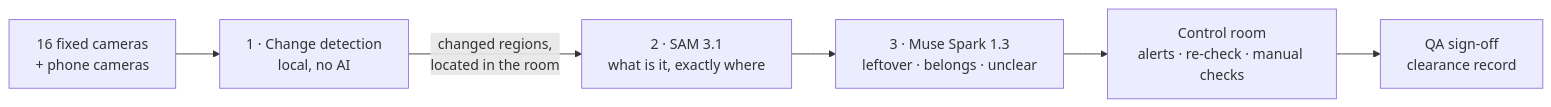
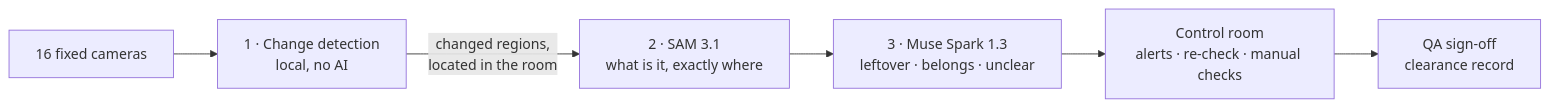
Before and after one commit to WaleedOH/clearline: the diagram in README.md, drawn with Mermaid. The commit also changed other lines of this file and 13 other files, not shown here.

````diff
--- a/README.md
+++ b/README.md
@@ -32,8 +32,8 @@
 ```mermaid
 flowchart LR
-    C[16 fixed cameras<br/>+ phone cameras] --> D[1 · Change detection<br/>local, no AI]
+    C[16 fixed cameras] --> D[1 · Change detection<br/>local, no AI]
     D -->|changed regions,<br/>located in the room| S[2 · SAM 3.1<br/>what is it, exactly where]
     S --> M[3 · Muse Spark 1.3<br/>leftover · belongs · unclear]
     M --> R[Control room<br/>alerts · re-check · manual checks]
     R --> Q[QA sign-off<br/>clearance record]
 ```
````
